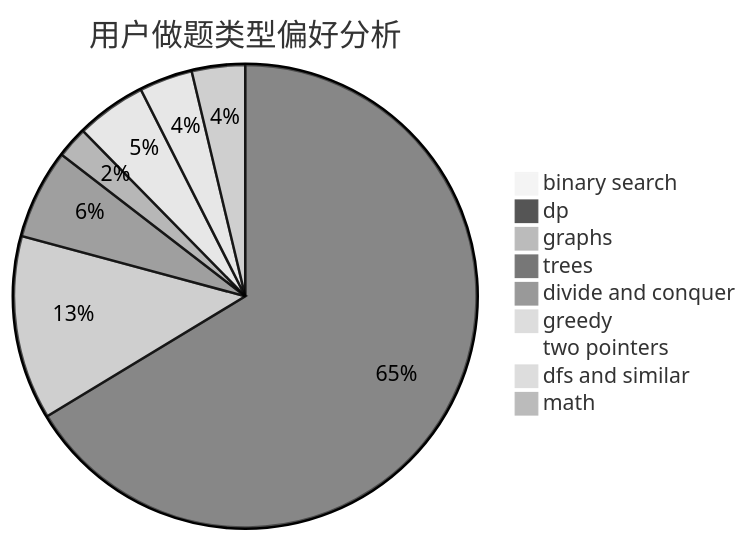
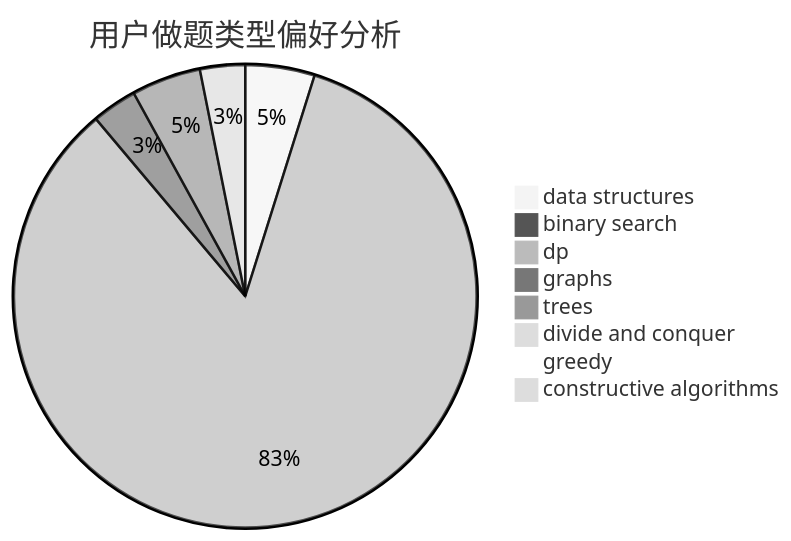
Before and after one commit to sherpahu/cfrs.github.io: the second of 3 diagrams in docs/user/u1360.md, drawn with Mermaid (neutral theme). The commit also changed other lines of this file and 2775 other files, not shown here.

````diff
--- a/docs/user/u1360.md
+++ b/docs/user/u1360.md
@@ -23,12 +23,11 @@
 ```mermaid
 pie title 用户做题类型偏好分析
-    "binary search" :  5
-    "dp" :  392
-    "graphs" :  76
-    "trees" :  37
+    "data structures" :  20
+    "binary search" :  0
+    "dp" :  347
+    "graphs" :  13
+    "trees" :  20
     "divide and conquer" :  13
-    "greedy" :  29
-    "two pointers" :  4
-    "dfs and similar" :  22
-    "math" :  22
+    "greedy" :  0
+    "constructive algorithms" :  3
 ```
````
